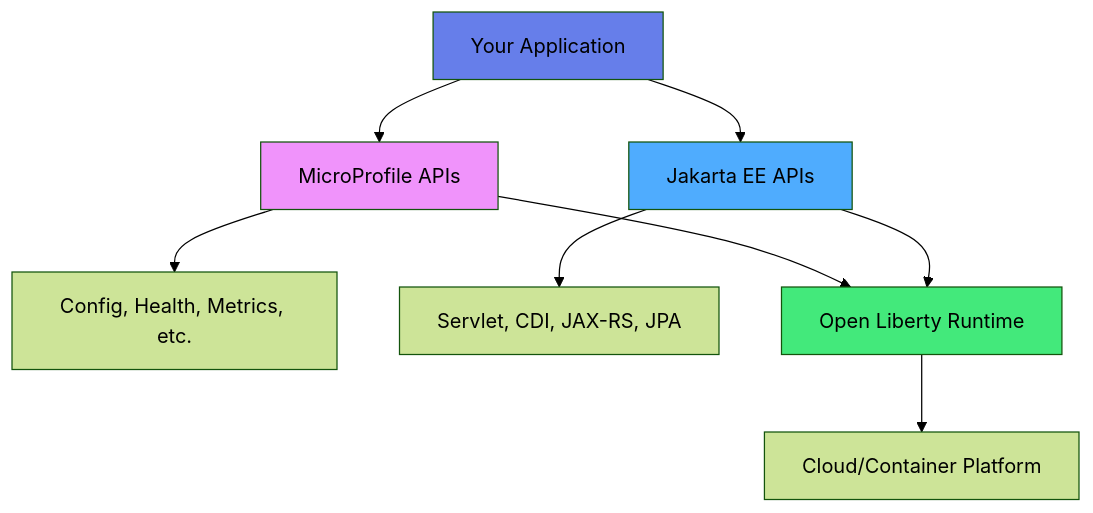
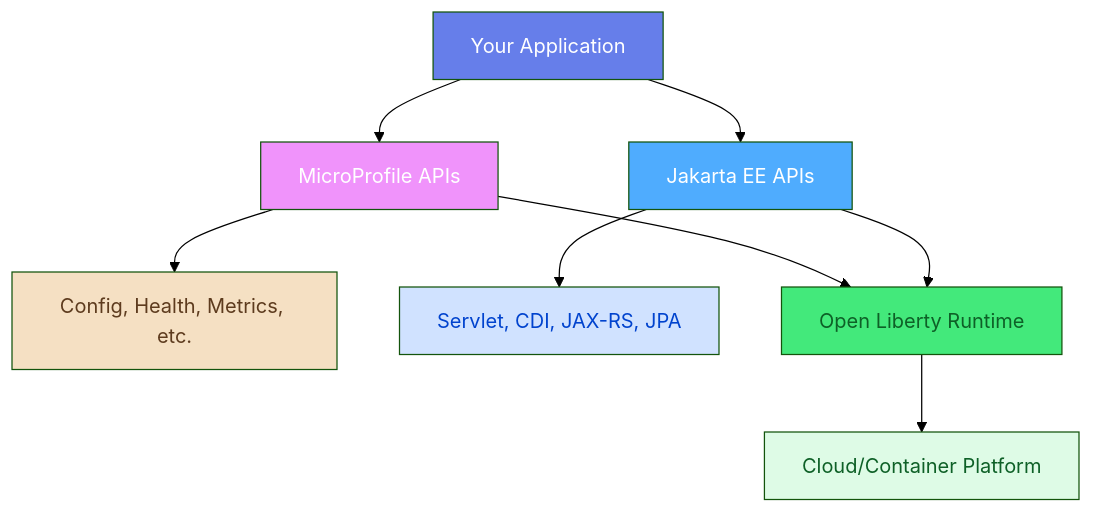
One commit to oplanson/esipe-javaee changed the third of 4 diagrams in 02-Lectures/01-intro-jakartaee-microprofile.md. Above: the diagram before and after it, drawn with Mermaid (forest theme). The commit also changed other lines of this file and 5 other files, not shown here.

````diff
--- a/02-Lectures/01-intro-jakartaee-microprofile.md
+++ b/02-Lectures/01-intro-jakartaee-microprofile.md
@@ -232,15 +270,18 @@
 ```mermaid
 graph TB
     A[Your Application] --> B[MicroProfile APIs]
     A --> C[Jakarta EE APIs]
     B --> D[Config, Health, Metrics, etc.]
     C --> E[Servlet, CDI, JAX-RS, JPA]
     B --> F[Open Liberty Runtime]
     C --> F
     F --> G[Cloud/Container Platform]
-    
-    style A fill:#667eea
-    style B fill:#f093fb
-    style C fill:#4facfe
-    style F fill:#43e97b
+
+    style A fill:#667eea,color:#fff
+    style B fill:#f093fb,color:#fff
+    style C fill:#4facfe,color:#fff
+    style D fill:#f5e0c3,color:#5d3b1e
+    style E fill:#d0e2ff,color:#0043ce
+    style F fill:#43e97b,color:#0e6027
+    style G fill:#defbe6,color:#0e6027
 ```
````
